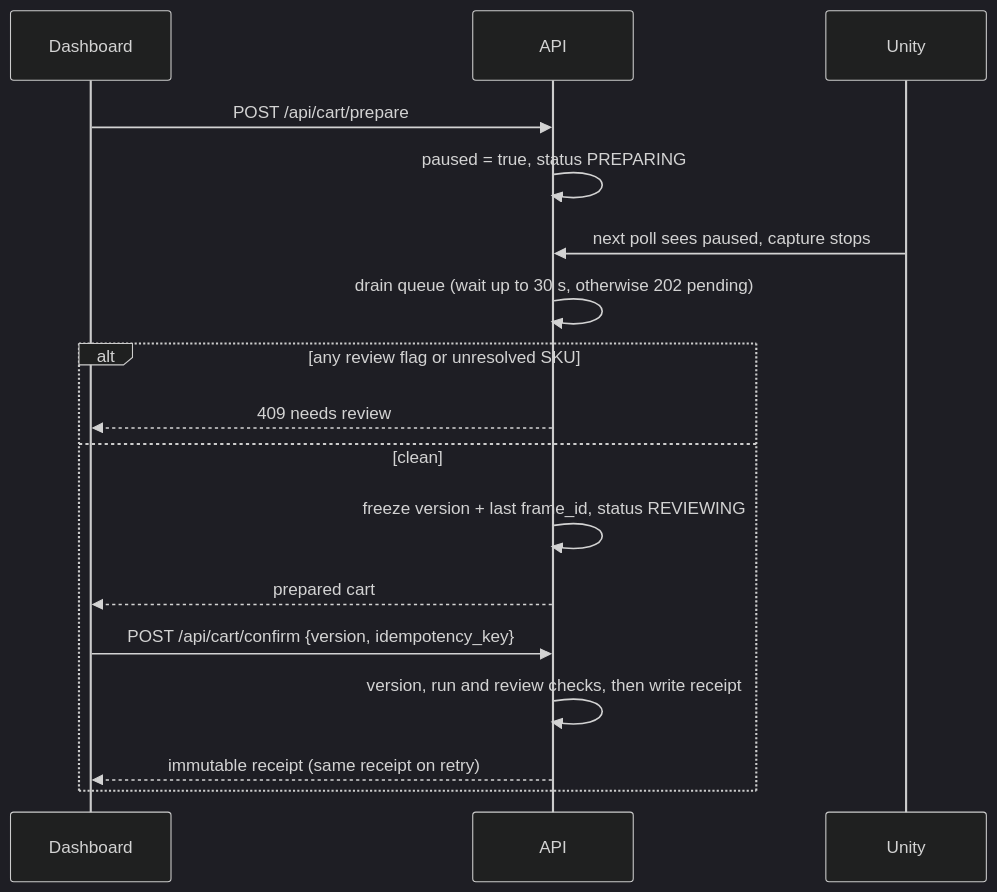
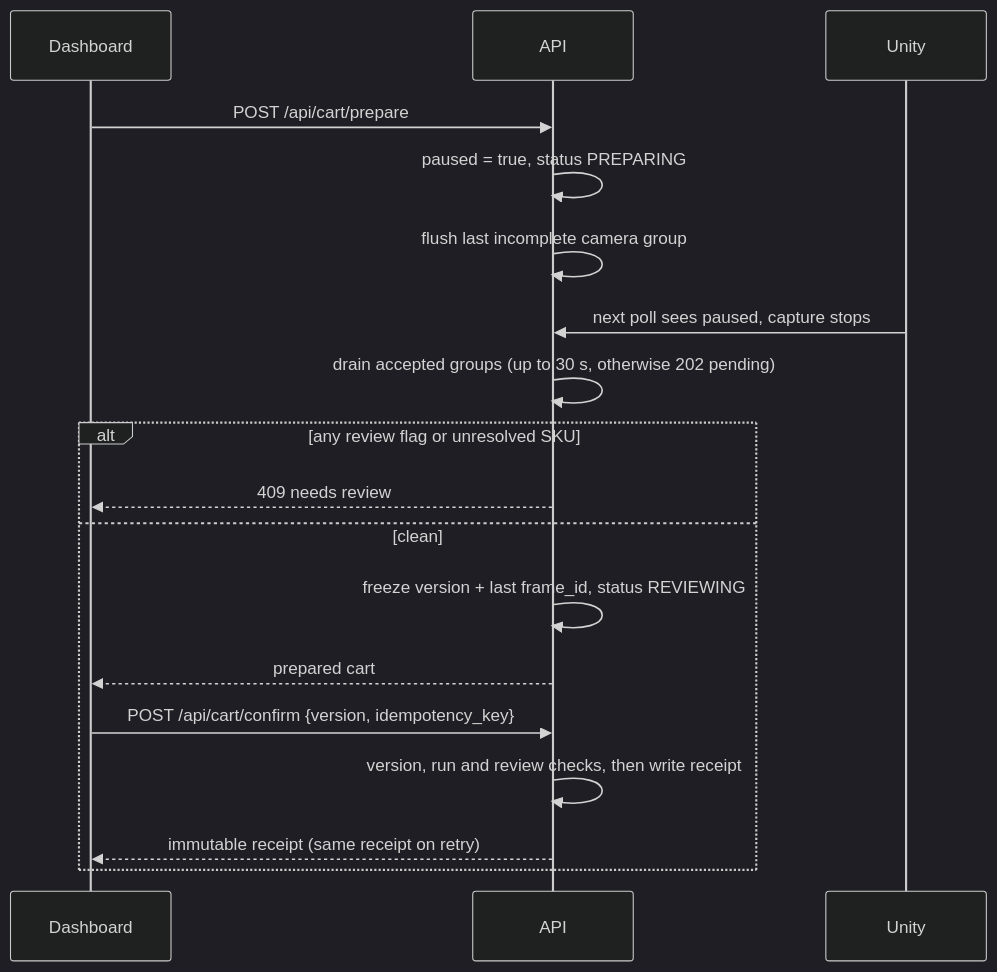
One commit to dangermos/ProPass changed the third of 4 diagrams in docs/architecture.md. Above: the diagram before and after it, drawn with Mermaid (dark theme). The commit also changed other lines of this file and 56 other files, not shown here.

````diff
--- a/docs/architecture.md
+++ b/docs/architecture.md
@@ -100,19 +107,20 @@
 ```mermaid
 sequenceDiagram
     participant R as Dashboard
     participant A as API
     participant U as Unity
     R->>A: POST /api/cart/prepare
     A->>A: paused = true, status PREPARING
+    A->>A: flush last incomplete camera group
     U->>A: next poll sees paused, capture stops
-    A->>A: drain queue (wait up to 30 s, otherwise 202 pending)
+    A->>A: drain accepted groups (up to 30 s, otherwise 202 pending)
     alt any review flag or unresolved SKU
         A-->>R: 409 needs review
     else clean
         A->>A: freeze version + last frame_id, status REVIEWING
         A-->>R: prepared cart
         R->>A: POST /api/cart/confirm {version, idempotency_key}
         A->>A: version, run and review checks, then write receipt
         A-->>R: immutable receipt (same receipt on retry)
     end
 ```
````
